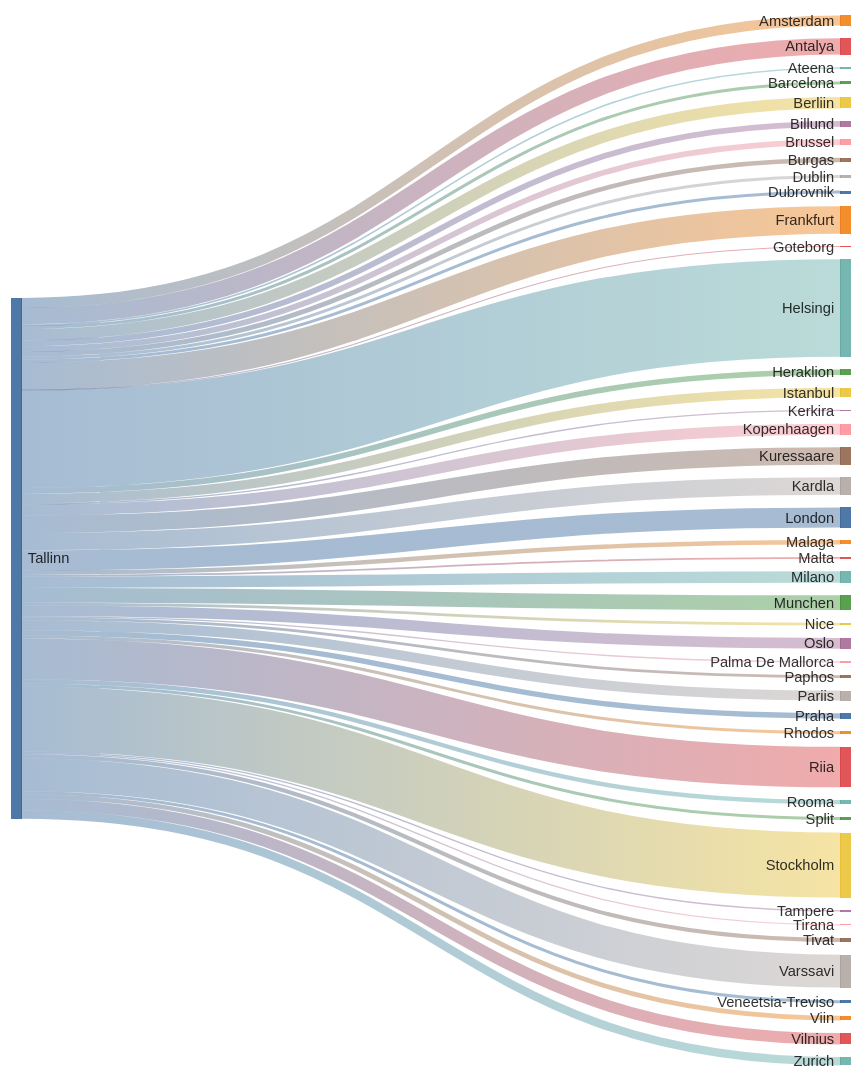
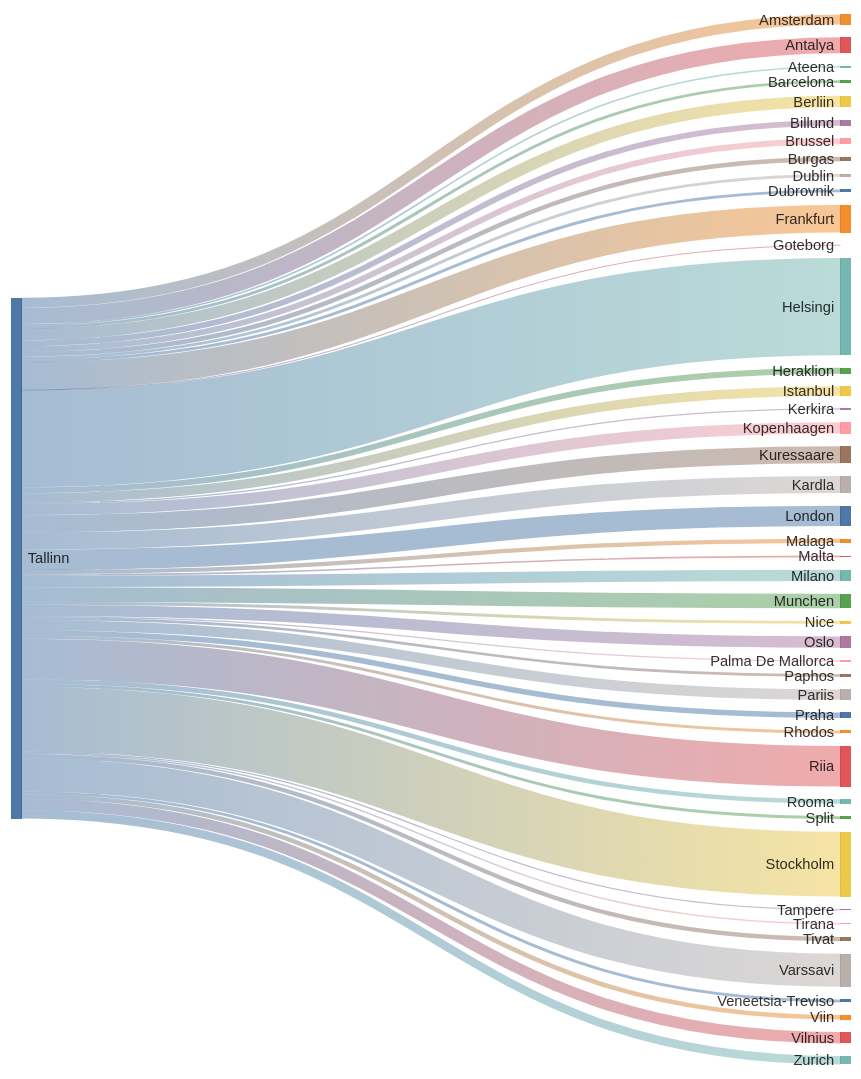
Before and after one commit to rainermesi/tll-airport-departures: the second of 2 diagrams in README.md, drawn with Mermaid. The commit also changed other lines of this file, not shown here.

````diff
--- a/README.md
+++ b/README.md
@@ -34,56 +34,56 @@
 ```mermaid
 ---
 config:
   sankey:
     showValues: false
     width: 800
     height: 1000
 ---
 sankey-beta
 %% source,target,value
-Tallinn,Amsterdam,30
-Tallinn,Antalya,49
+Tallinn,Amsterdam,31
+Tallinn,Antalya,50
 Tallinn,Ateena,5
 Tallinn,Barcelona,9
-Tallinn,Berliin,34
-Tallinn,Billund,17
-Tallinn,Brussel,17
+Tallinn,Berliin,36
+Tallinn,Billund,18
+Tallinn,Brussel,18
 Tallinn,Burgas,14
 Tallinn,Dublin,9
 Tallinn,Dubrovnik,9
-Tallinn,Frankfurt,82
+Tallinn,Frankfurt,85
 Tallinn,Goteborg,1
-Tallinn,Helsingi,291
-Tallinn,Heraklion,17
-Tallinn,Istanbul,28
+Tallinn,Helsingi,300
+Tallinn,Heraklion,18
+Tallinn,Istanbul,29
 Tallinn,Kerkira,4
-Tallinn,Kopenhaagen,33
-Tallinn,Kuressaare,52
-Tallinn,Kardla,52
-Tallinn,London,60
+Tallinn,Kopenhaagen,35
+Tallinn,Kuressaare,53
+Tallinn,Kardla,53
+Tallinn,London,63
 Tallinn,Malaga,13
 Tallinn,Malta,5
-Tallinn,Milano,34
-Tallinn,Munchen,44
-Tallinn,Nice,8
-Tallinn,Oslo,32
+Tallinn,Milano,35
+Tallinn,Munchen,45
+Tallinn,Nice,9
+Tallinn,Oslo,35
 Tallinn,Palma De Mallorca,4
 Tallinn,Paphos,8
-Tallinn,Pariis,30
-Tallinn,Praha,16
+Tallinn,Pariis,32
+Tallinn,Praha,17
 Tallinn,Rhodos,9
-Tallinn,Riia,121
-Tallinn,Rooma,13
+Tallinn,Riia,125
+Tallinn,Rooma,14
 Tallinn,Split,9
-Tallinn,Stockholm,194
+Tallinn,Stockholm,200
 Tallinn,Tampere,4
 Tallinn,Tirana,4
-Tallinn,Tivat,12
-Tallinn,Varssavi,98
+Tallinn,Tivat,13
+Tallinn,Varssavi,102
 Tallinn,Veneetsia-Treviso,9
 Tallinn,Viin,14
-Tallinn,Vilnius,34
-Tallinn,Zurich,25
+Tallinn,Vilnius,35
+Tallinn,Zurich,26
 
 
 ```
````
